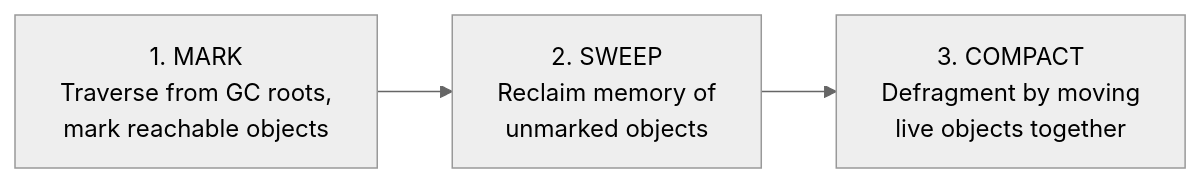
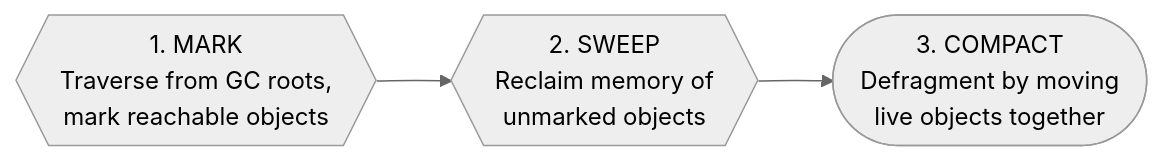
Before and after one commit to saivamsikaruturi/vamsilabs-dev-notes-main: the second of 3 diagrams in docs/java/GarbageCollection.md, drawn with Mermaid (neutral theme). The commit also changed other lines of this file and 146 other files, not shown here.

Commit message:
Horizontal diagrams, UML class diagrams, typography overhaul, and permalink cleanup

````diff
--- a/docs/java/GarbageCollection.md
+++ b/docs/java/GarbageCollection.md
@@ -127,5 +127,5 @@
 ```mermaid
-graph LR
-    A["1. MARK<br/>Traverse from GC roots,<br/>mark reachable objects"] --> B["2. SWEEP<br/>Reclaim memory of<br/>unmarked objects"]
-    B --> C["3. COMPACT<br/>Defragment by moving<br/>live objects together"]
+flowchart LR
+    A{{"1. MARK<br/>Traverse from GC roots,<br/>mark reachable objects"}} --> B{{"2. SWEEP<br/>Reclaim memory of<br/>unmarked objects"}}
+    B --> C(["3. COMPACT<br/>Defragment by moving<br/>live objects together"])
 ```
````
